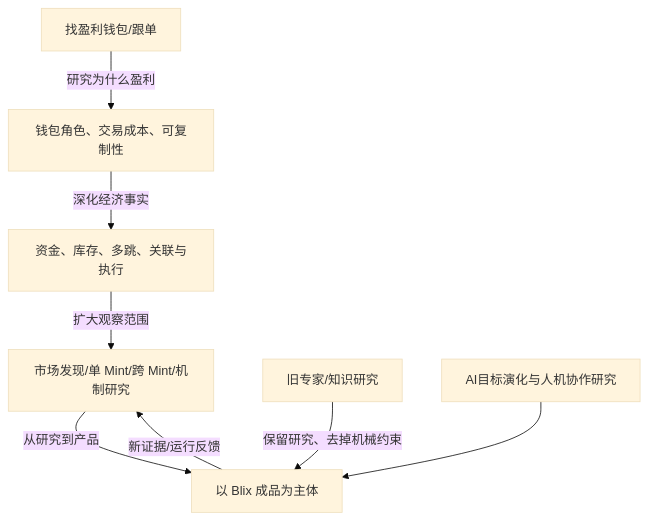
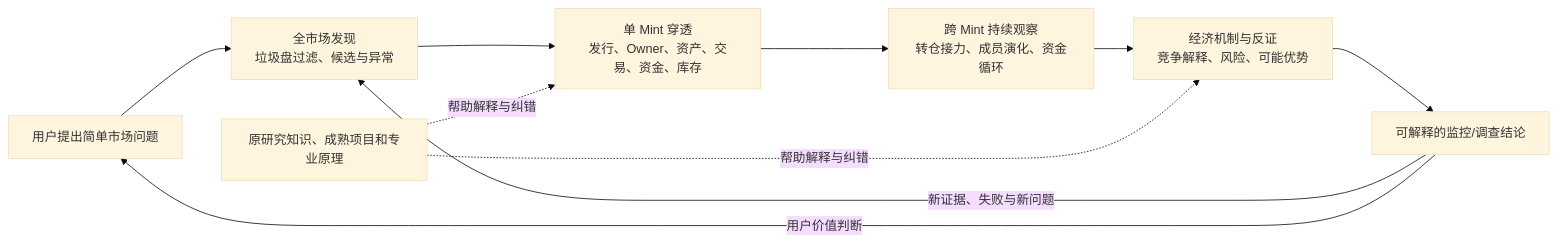
Before and after one commit to sunshihao001/grok: the diagram in docs/project/goal-map.md, drawn with Mermaid (base theme). The commit also changed other lines of this file and 2 other files, not shown here.

Commit message:
docs: anchor Blix research goals and defer runtime implementation

````diff
--- a/docs/project/goal-map.md
+++ b/docs/project/goal-map.md
@@ -14,10 +39,12 @@
 ```mermaid
-flowchart TD
- F["找盈利钱包/跟单"] -->|"研究为什么盈利"| W["钱包角色、交易成本、可复制性"]
- W -->|"深化经济事实"| C["资金、库存、多跳、关联与执行"]
- C -->|"扩大观察范围"| M["市场发现/单 Mint/跨 Mint/机制研究"]
- M -->|"从研究到产品"| B["以 Blix 成品为主体"]
- K["旧专家/知识研究"] -->|"保留研究、去掉机械约束"| B
- A["AI目标演化与人机协作研究"] --> B
- B -->|"新证据/运行反馈"| M
+flowchart LR
+  U["用户提出简单市场问题"] --> D["全市场发现<br/>垃圾盘过滤、候选与异常"]
+  D --> M["单 Mint 穿透<br/>发行、Owner、资产、交易、资金、库存"]
+  M --> C["跨 Mint 持续观察<br/>转仓接力、成员演化、资金循环"]
+  C --> E["经济机制与反证<br/>竞争解释、风险、可能优势"]
+  E --> R["可解释的监控/调查结论"]
+  R -->|新证据、失败与新问题| D
+  R -->|用户价值判断| U
+  K["原研究知识、成熟项目和专业原理"] -.帮助解释与纠错.-> M
+  K -.帮助解释与纠错.-> E
 ```
````
